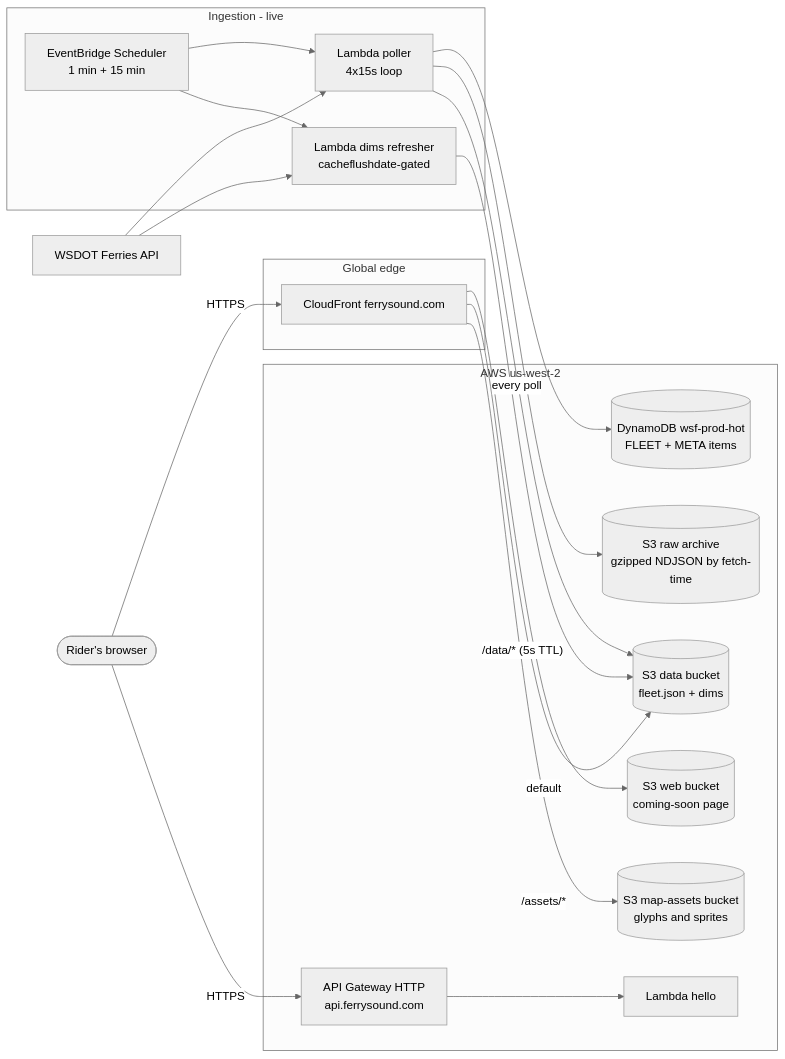
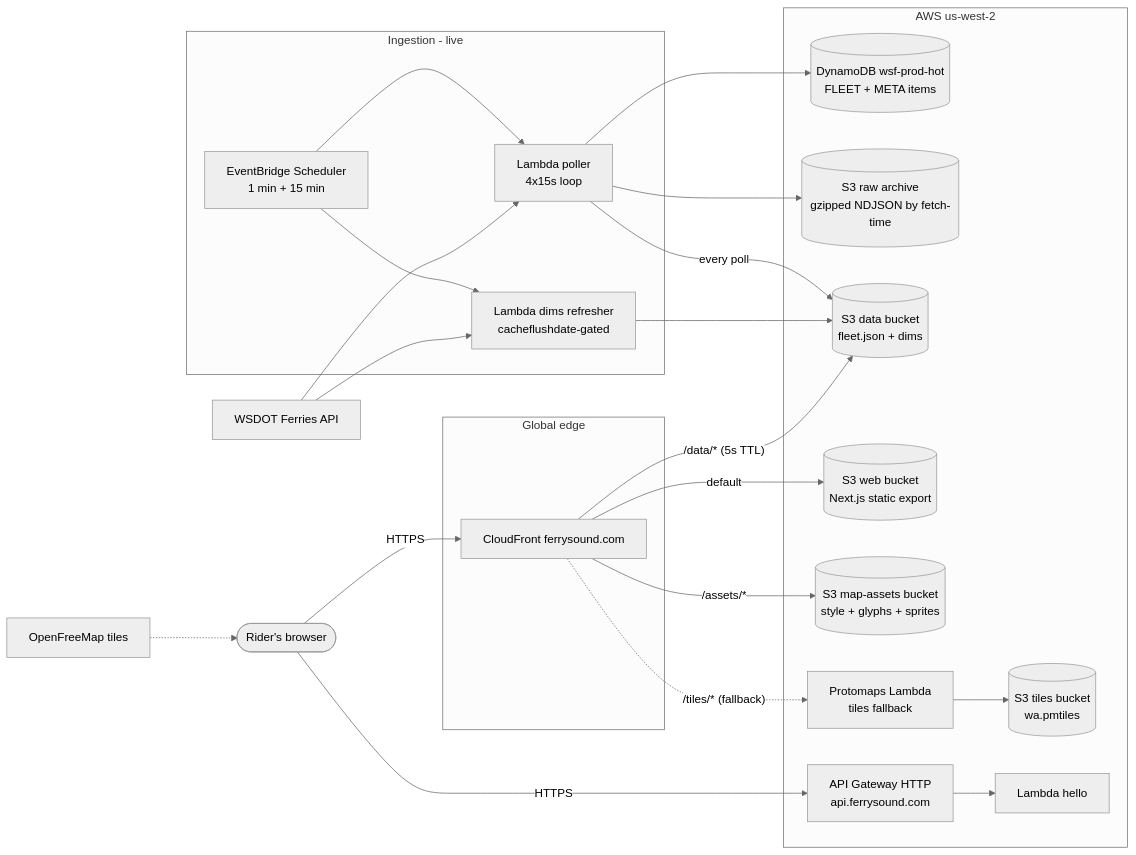
Before and after one commit to ryankirkland/wsf-ferry-companion: the first of 3 diagrams in docs/architecture.md, drawn with Mermaid (neutral theme). The commit also changed other lines of this file and 3 other files, not shown here.

First line of the commit message:
M1-W9: close-out - switch test recorded, architecture + feature docs current

````diff
--- a/docs/architecture.md
+++ b/docs/architecture.md
@@ -10,36 +10,40 @@
 ```mermaid
 flowchart LR
     WSF[WSDOT Ferries API]
     U([Rider's browser])
 
     subgraph ingest [Ingestion - live]
         EB[EventBridge Scheduler<br/>1 min + 15 min] --> POLL[Lambda poller<br/>4x15s loop]
         EB --> DIMS[Lambda dims refresher<br/>cacheflushdate-gated]
     end
 
     subgraph usw2 [AWS us-west-2]
         DDB[(DynamoDB wsf-prod-hot<br/>FLEET + META items)]
         RAW[(S3 raw archive<br/>gzipped NDJSON by fetch-time)]
         DATA[(S3 data bucket<br/>fleet.json + dims)]
-        WEB[(S3 web bucket<br/>coming-soon page)]
-        ASSETS[(S3 map-assets bucket<br/>glyphs and sprites)]
+        WEB[(S3 web bucket<br/>Next.js static export)]
+        ASSETS[(S3 map-assets bucket<br/>style + glyphs + sprites)]
+        TILES[(S3 tiles bucket<br/>wa.pmtiles)]
+        TLAMBDA[Protomaps Lambda<br/>tiles fallback]
         AGW[API Gateway HTTP<br/>api.ferrysound.com]
         HELLO[Lambda hello]
     end
 
     subgraph edge [Global edge]
         CF[CloudFront ferrysound.com]
     end
 
     WSF --> POLL
     WSF --> DIMS
     POLL --> DDB
     POLL --> RAW
     POLL -- every poll --> DATA
     DIMS --> DATA
     U -- HTTPS --> CF
     CF -- default --> WEB
     CF -- "/data/* (5s TTL)" --> DATA
     CF -- "/assets/*" --> ASSETS
+    CF -. "/tiles/* (fallback)" .-> TLAMBDA --> TILES
     U -- HTTPS --> AGW --> HELLO
+    OFM[OpenFreeMap tiles] -.-> U
 ```
````
